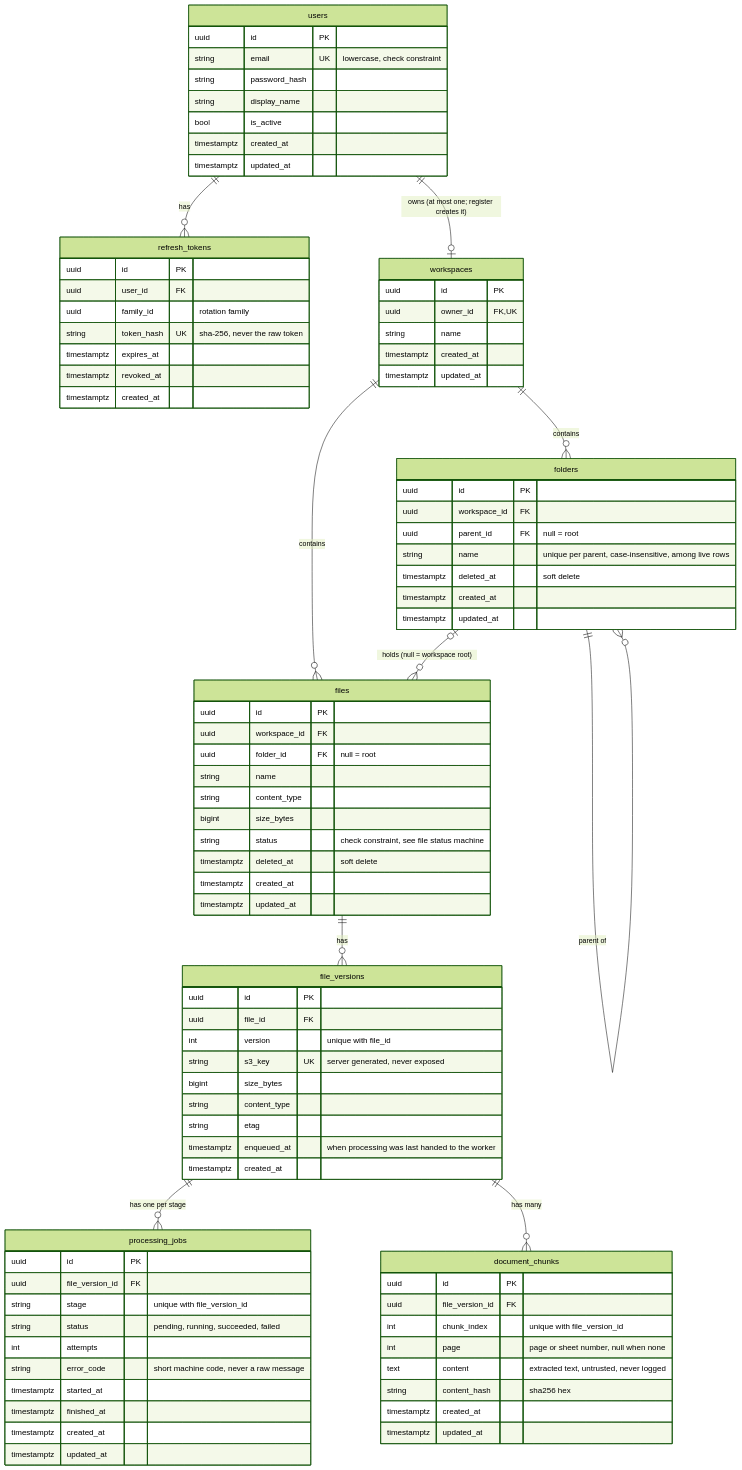
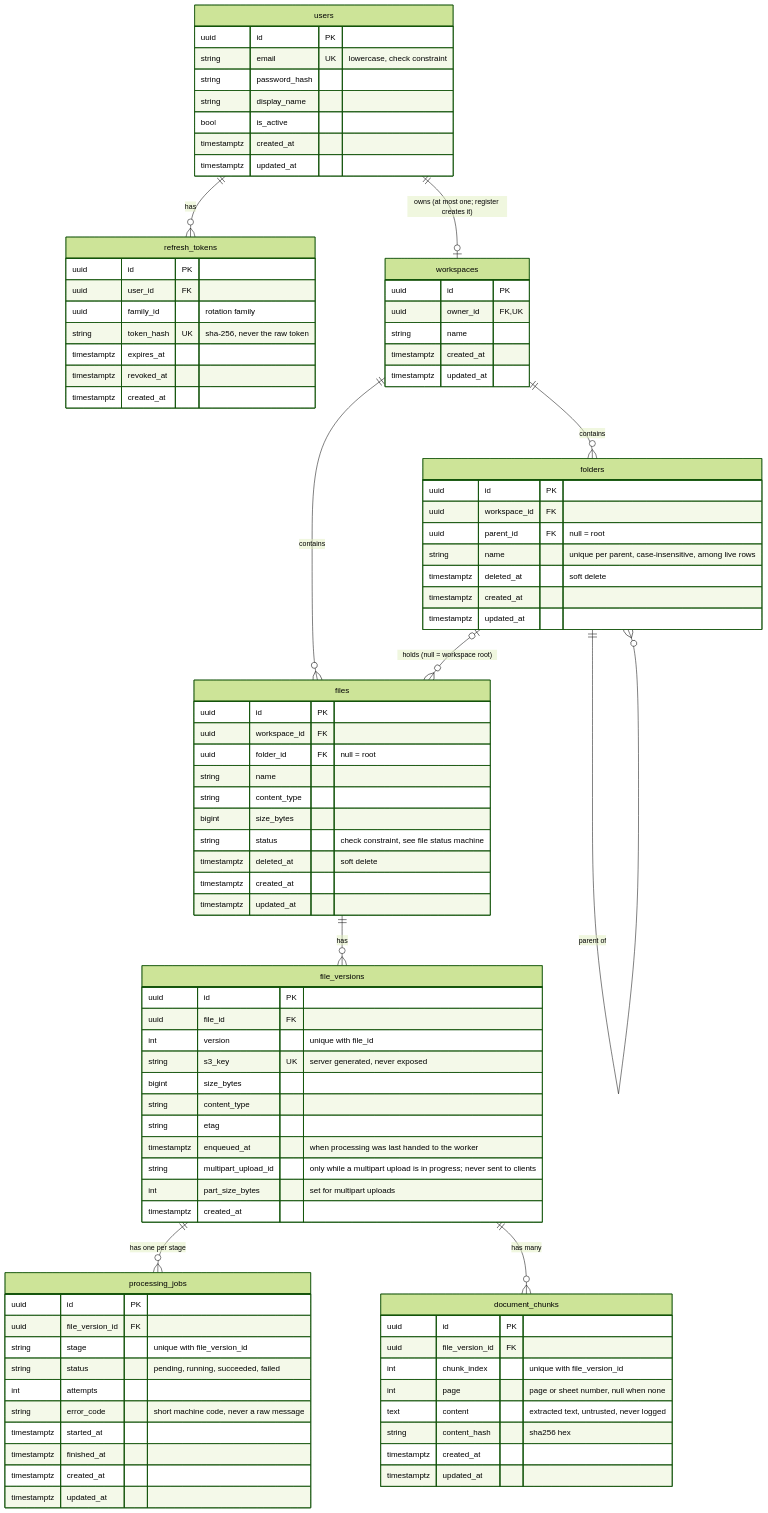
One commit to manan-77/clouddrop changed the diagram in docs/er-diagram.md. Above: the diagram before and after it, drawn with Mermaid (forest theme). The commit also changed 14 other files, not shown here.

Commit message:
feat(backend): add multipart upload for files up to 1 GiB

```diff
--- a/docs/er-diagram.md
+++ b/docs/er-diagram.md
@@ -69,6 +69,8 @@
         string content_type
         string etag
         timestamptz enqueued_at "when processing was last handed to the worker"
+        string multipart_upload_id "only while a multipart upload is in progress; never sent to clients"
+        int part_size_bytes "set for multipart uploads"
         timestamptz created_at
     }
     processing_jobs {
```
